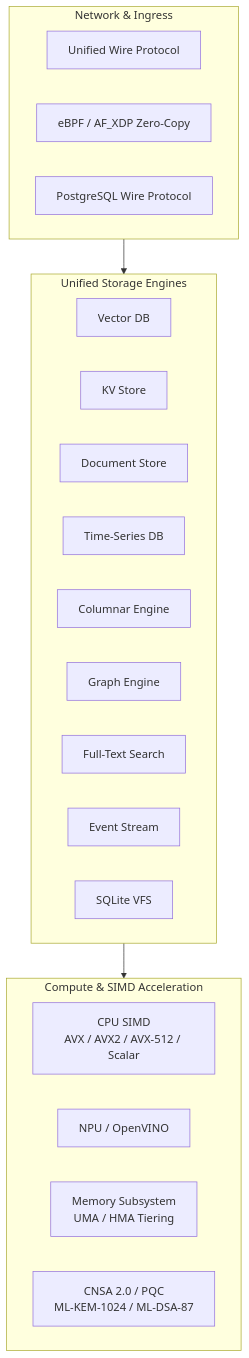
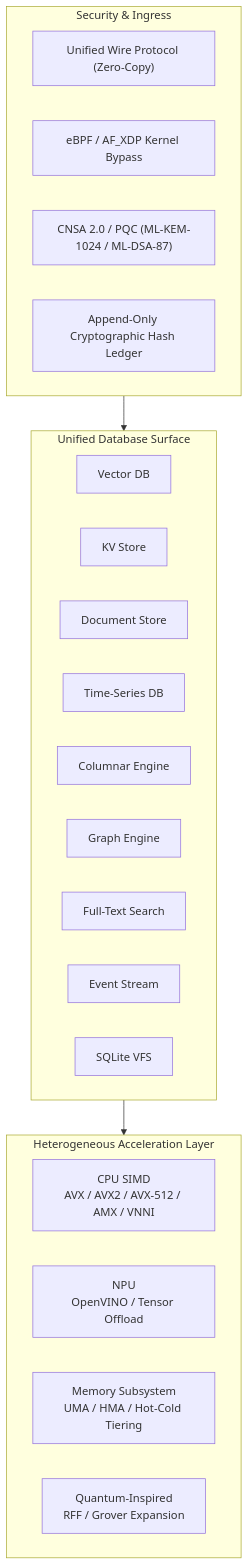
Before and after one commit to SWORDIntel/QIHSE: the diagram in README.md, drawn with Mermaid. The commit also changed other lines of this file, not shown here.

````diff
--- a/README.md
+++ b/README.md
@@ -42,33 +46,34 @@
 ```mermaid
 flowchart TB
-    subgraph Storage["Unified Storage Engines"]
+    subgraph Storage["Unified Database Surface"]
         direction LR
         VDB["Vector DB"]
         KV["KV Store"]
         DOC["Document Store"]
         TS["Time-Series DB"]
         COL["Columnar Engine"]
         GRAPH["Graph Engine"]
         FTS["Full-Text Search"]
         EVT["Event Stream"]
         VFS["SQLite VFS"]
     end
 
-    subgraph Compute["Compute & SIMD Acceleration"]
+    subgraph Compute["Heterogeneous Acceleration Layer"]
         direction LR
-        CPU["CPU SIMD<br/>AVX / AVX2 / AVX-512 / Scalar"]
-        NPU["NPU / OpenVINO"]
-        MEM["Memory Subsystem<br/>UMA / HMA Tiering"]
-        CRYPTO["CNSA 2.0 / PQC<br/>ML-KEM-1024 / ML-DSA-87"]
+        CPU["CPU SIMD<br/>AVX / AVX2 / AVX-512 / AMX / VNNI"]
+        NPU["NPU<br/>OpenVINO / Tensor Offload"]
+        MEM["Memory Subsystem<br/>UMA / HMA / Hot-Cold Tiering"]
+        QALG["Quantum-Inspired<br/>RFF / Grover Expansion"]
     end
 
-    subgraph Network["Network & Ingress"]
+    subgraph Infra["Security & Ingress"]
         direction LR
-        UWP["Unified Wire Protocol"]
-        XDP["eBPF / AF_XDP Zero-Copy"]
-        PG["PostgreSQL Wire Protocol"]
+        UWP["Unified Wire Protocol (Zero-Copy)"]
+        XDP["eBPF / AF_XDP Kernel Bypass"]
+        SEC["CNSA 2.0 / PQC (ML-KEM-1024 / ML-DSA-87)"]
+        AUDIT["Append-Only Cryptographic Hash Ledger"]
     end
 
-    Network --> Storage
+    Infra --> Storage
     Storage --> Compute
 ```
````
